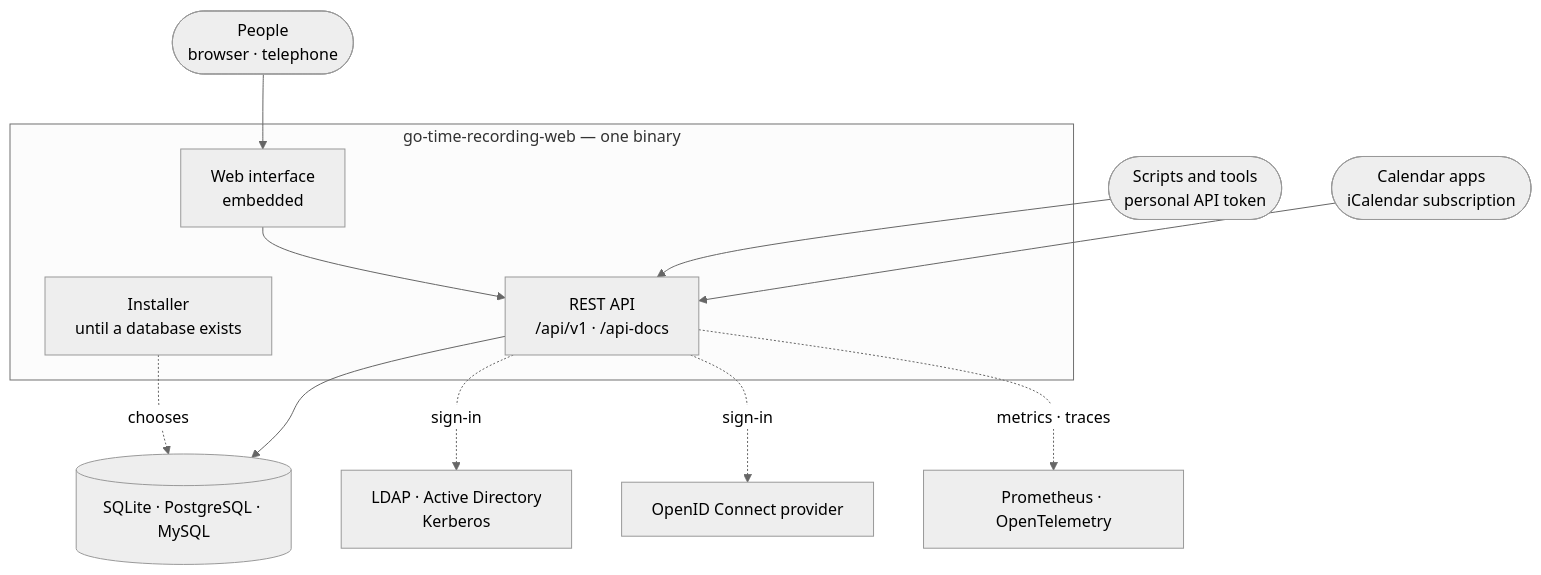
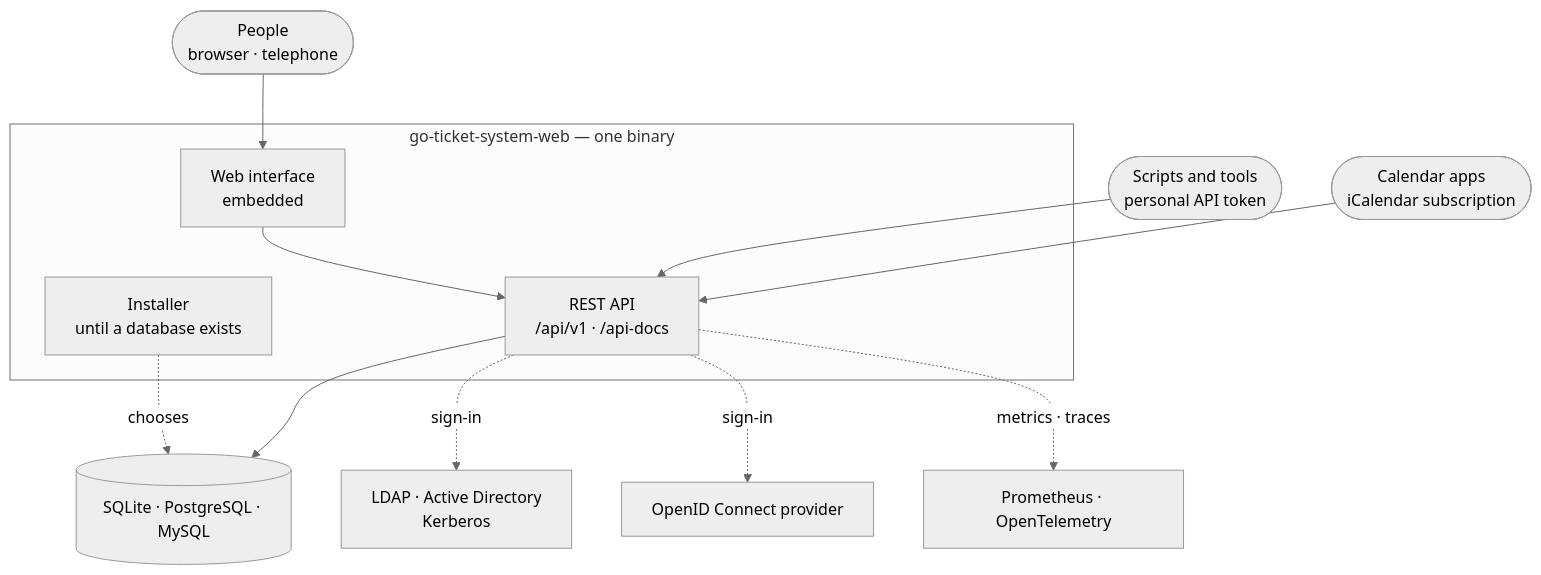
One commit to dennis-dko/go-ticket-system changed the first of 3 diagrams in README.md. Above: the diagram before and after it, drawn with Mermaid (neutral theme). The commit also changed other lines of this file and 534 other files, not shown here.

````diff
--- a/README.md
+++ b/README.md
@@ -143,26 +143,26 @@
 ```mermaid
 flowchart TB
     people(["People<br/>browser · telephone"])
     scripts(["Scripts and tools<br/>personal API token"])
     calendars(["Calendar apps<br/>iCalendar subscription"])
 
-    subgraph binary["go-time-recording-web — one binary"]
+    subgraph binary["go-ticket-system-web — one binary"]
         installer["Installer<br/>until a database exists"]
         ui["Web interface<br/>embedded"]
         api["REST API<br/>/api/v1 · /api-docs"]
     end
 
     db[("SQLite · PostgreSQL · MySQL")]
     directory["LDAP · Active Directory<br/>Kerberos"]
     provider["OpenID Connect provider"]
     telemetry["Prometheus · OpenTelemetry"]
 
     people --> ui --> api
     scripts --> api
     calendars --> api
     installer -. chooses .-> db
     api --> db
     api -. sign-in .-> directory
     api -. sign-in .-> provider
     api -. metrics · traces .-> telemetry
 ```
````
